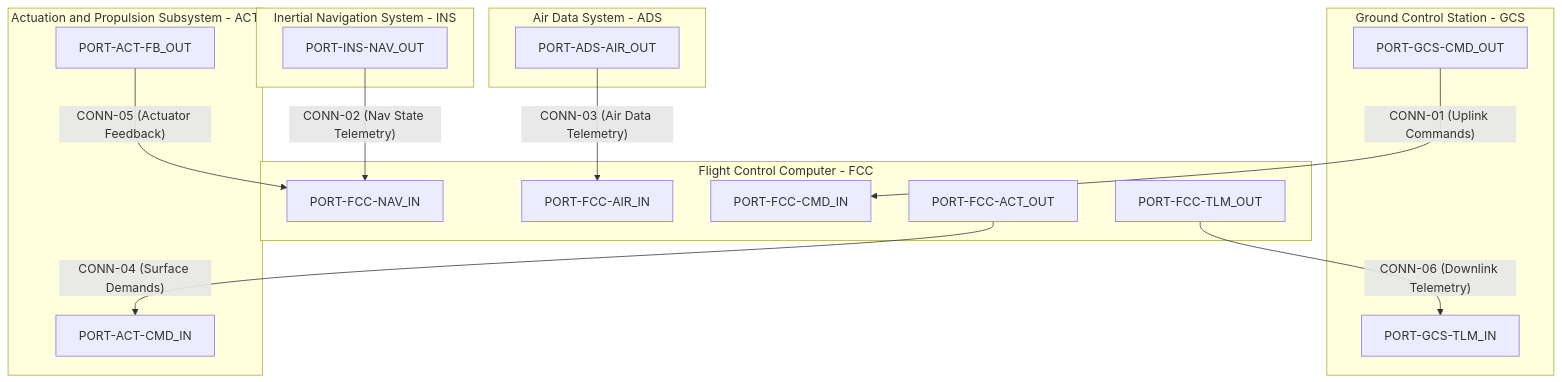
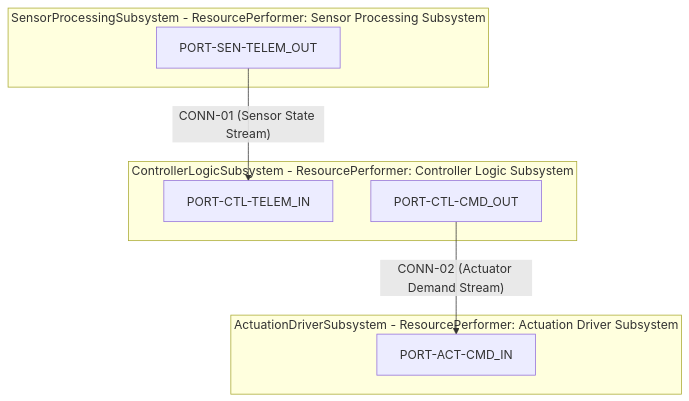
Before and after one commit to gintatkinson/DEAP01-spec-core: the third of 5 diagrams in docs/architecture/blueprints/DEAP_LOGICAL_INTERFACE_SPECIFICATION_BLUEPRINT.md, drawn with Mermaid. The commit also changed other lines of this file and 2 other files, not shown here.

Commit message:
fix(architecture): decontaminate Section 3 of Level 1C blueprint and skills to pure abstract archetypes

````diff
--- a/docs/architecture/blueprints/DEAP_LOGICAL_INTERFACE_SPECIFICATION_BLUEPRINT.md
+++ b/docs/architecture/blueprints/DEAP_LOGICAL_INTERFACE_SPECIFICATION_BLUEPRINT.md
@@ -235,35 +235,18 @@
 ```mermaid
 flowchart TD
-    subgraph GCS ["Ground Control Station - GCS"]
-        P_GCS_CMD["PORT-GCS-CMD_OUT"]
-        P_GCS_TLM["PORT-GCS-TLM_IN"]
+    subgraph SEN ["SensorProcessingSubsystem - ResourcePerformer: Sensor Processing Subsystem"]
+        P_SEN_TELEM["PORT-SEN-TELEM_OUT"]
     end
 
-    subgraph FCC ["Flight Control Computer - FCC"]
-        P_FCC_CMD["PORT-FCC-CMD_IN"]
-        P_FCC_NAV["PORT-FCC-NAV_IN"]
-        P_FCC_AIR["PORT-FCC-AIR_IN"]
-        P_FCC_ACT["PORT-FCC-ACT_OUT"]
-        P_FCC_TLM["PORT-FCC-TLM_OUT"]
+    subgraph CTL ["ControllerLogicSubsystem - ResourcePerformer: Controller Logic Subsystem"]
+        P_CTL_TELEM["PORT-CTL-TELEM_IN"]
+        P_CTL_CMD["PORT-CTL-CMD_OUT"]
     end
 
-    subgraph INS ["Inertial Navigation System - INS"]
-        P_INS_NAV["PORT-INS-NAV_OUT"]
+    subgraph ACT ["ActuationDriverSubsystem - ResourcePerformer: Actuation Driver Subsystem"]
+        P_ACT_CMD["PORT-ACT-CMD_IN"]
     end
 
-    subgraph ADS ["Air Data System - ADS"]
-        P_ADS_AIR["PORT-ADS-AIR_OUT"]
-    end
-
-    subgraph ACT ["Actuation and Propulsion Subsystem - ACT"]
-        P_ACT_CMD["PORT-ACT-CMD_IN"]
-        P_ACT_FB["PORT-ACT-FB_OUT"]
-    end
-
-    P_GCS_CMD -->|"CONN-01 (Uplink Commands)"| P_FCC_CMD
-    P_INS_NAV -->|"CONN-02 (Nav State Telemetry)"| P_FCC_NAV
-    P_ADS_AIR -->|"CONN-03 (Air Data Telemetry)"| P_FCC_AIR
-    P_FCC_ACT -->|"CONN-04 (Surface Demands)"| P_ACT_CMD
-    P_ACT_FB -->|"CONN-05 (Actuator Feedback)"| P_FCC_NAV
-    P_FCC_TLM -->|"CONN-06 (Downlink Telemetry)"| P_GCS_TLM
+    P_SEN_TELEM -->|"CONN-01 (Sensor State Stream)"| P_CTL_TELEM
+    P_CTL_CMD -->|"CONN-02 (Actuator Demand Stream)"| P_ACT_CMD
 ```
````
